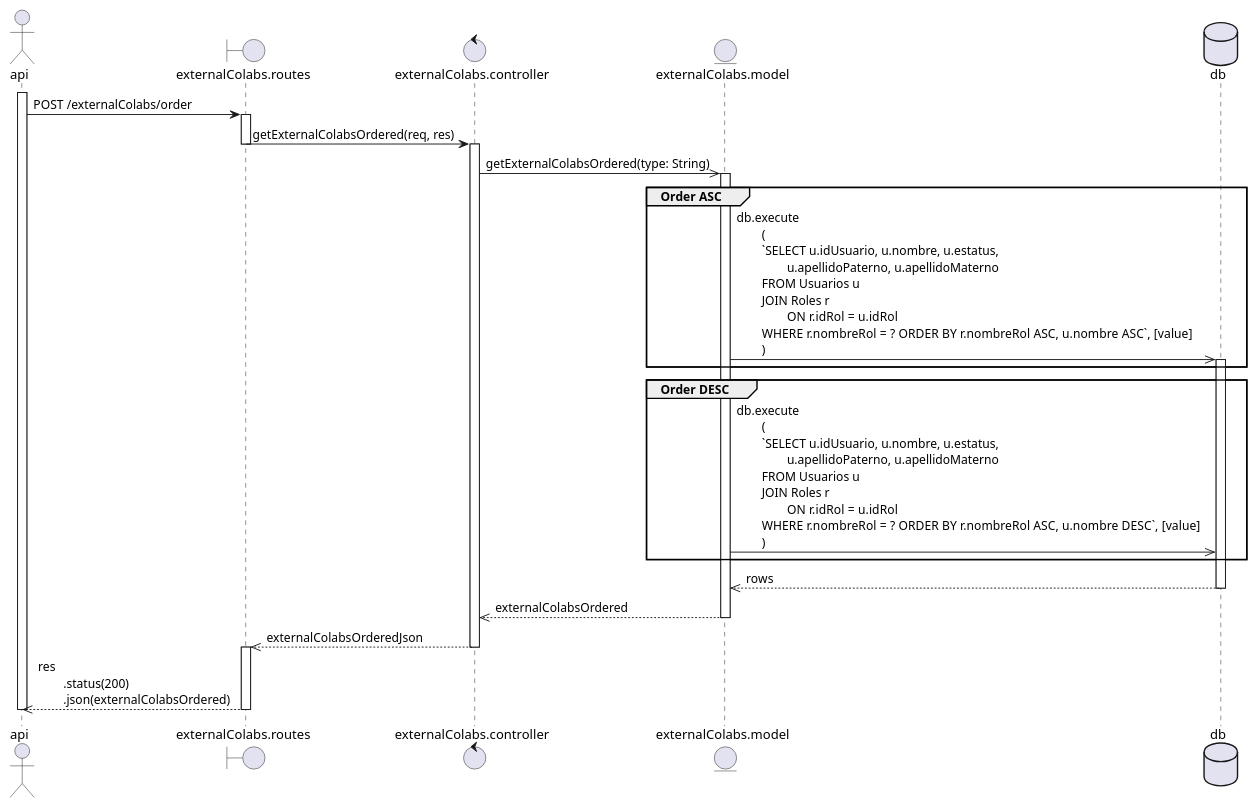
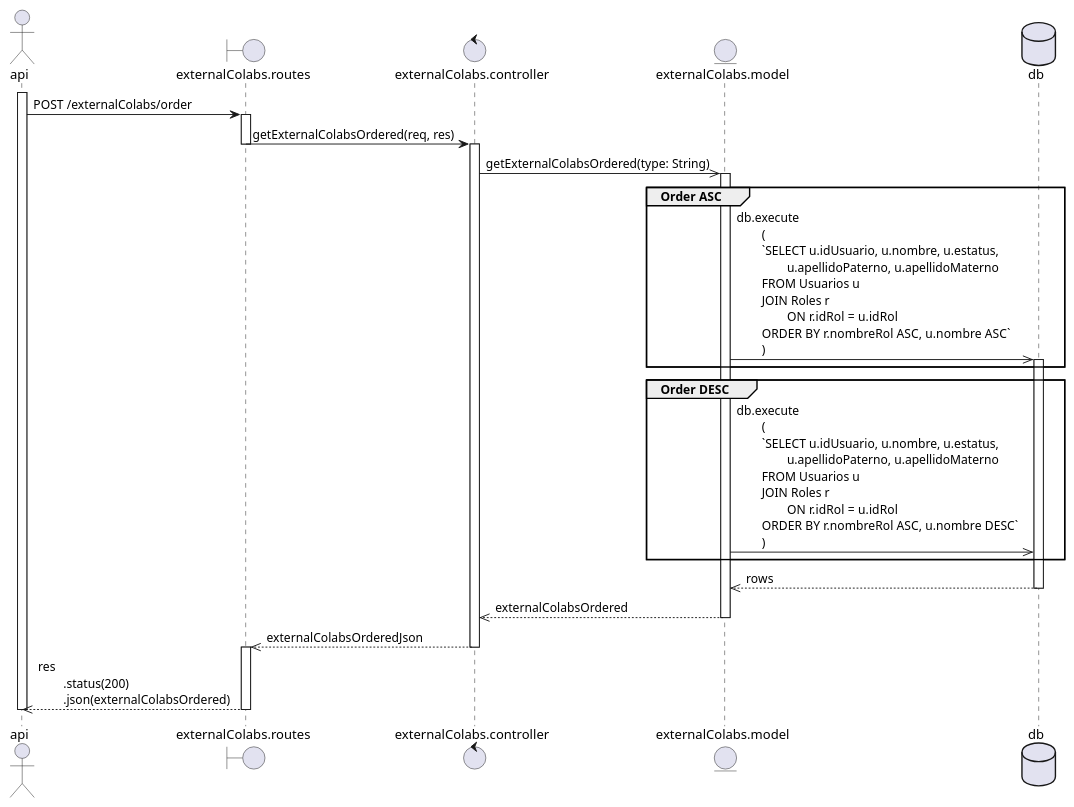
The diagram in Diagrams/orderExternalColabsBACK.puml (OlimpoHub/backend), drawn with PlantUML before and after one commit. The commit also changed 5 other files, not shown here.

Commit message:
[ADD] order asc or desc external colabs ready with MVC architecture

```diff
--- a/Diagrams/orderExternalColabsBACK.puml
+++ b/Diagrams/orderExternalColabsBACK.puml
@@ -1,44 +1,44 @@
 @startuml
 
 actor api
 boundary externalColabs.routes as routes
 control externalColabs.controller as controller
 entity externalColabs.model as model
 database db
 
 activate api
 api -> routes: POST /externalColabs/order
 
 activate routes
 routes -> controller: getExternalColabsOrdered(req, res)
 deactivate routes
 
 activate controller
 controller ->> model: getExternalColabsOrdered(type: String)
 
 activate model
 
 group Order ASC
-    model ->> db: db.execute\n\t(\n\t`SELECT u.idUsuario, u.nombre, u.estatus,\n\t\tu.apellidoPaterno, u.apellidoMaterno \n\tFROM Usuarios u \n\tJOIN Roles r \n\t\tON r.idRol = u.idRol \n\tWHERE r.nombreRol = ? ORDER BY r.nombreRol ASC, u.nombre ASC`, [value]\n\t)
+    model ->> db: db.execute\n\t(\n\t`SELECT u.idUsuario, u.nombre, u.estatus,\n\t\tu.apellidoPaterno, u.apellidoMaterno \n\tFROM Usuarios u \n\tJOIN Roles r \n\t\tON r.idRol = u.idRol \n\tORDER BY r.nombreRol ASC, u.nombre ASC`\n\t)
     activate db
 end
 
 group Order DESC
-    model ->> db: db.execute\n\t(\n\t`SELECT u.idUsuario, u.nombre, u.estatus,\n\t\tu.apellidoPaterno, u.apellidoMaterno \n\tFROM Usuarios u \n\tJOIN Roles r \n\t\tON r.idRol = u.idRol \n\tWHERE r.nombreRol = ? ORDER BY r.nombreRol ASC, u.nombre DESC`, [value]\n\t)
+    model ->> db: db.execute\n\t(\n\t`SELECT u.idUsuario, u.nombre, u.estatus,\n\t\tu.apellidoPaterno, u.apellidoMaterno \n\tFROM Usuarios u \n\tJOIN Roles r \n\t\tON r.idRol = u.idRol \n\tORDER BY r.nombreRol ASC, u.nombre DESC`\n\t)
 end
 
 db -->> model: rows
 deactivate db
 
 model -->> controller: externalColabsOrdered
 deactivate model
 
 controller -->> routes: externalColabsOrderedJson
 deactivate controller
 
 activate routes
 routes -->> api: res\n\t.status(200)\n\t.json(externalColabsOrdered)
 deactivate routes
 deactivate api
 
 @enduml
```
